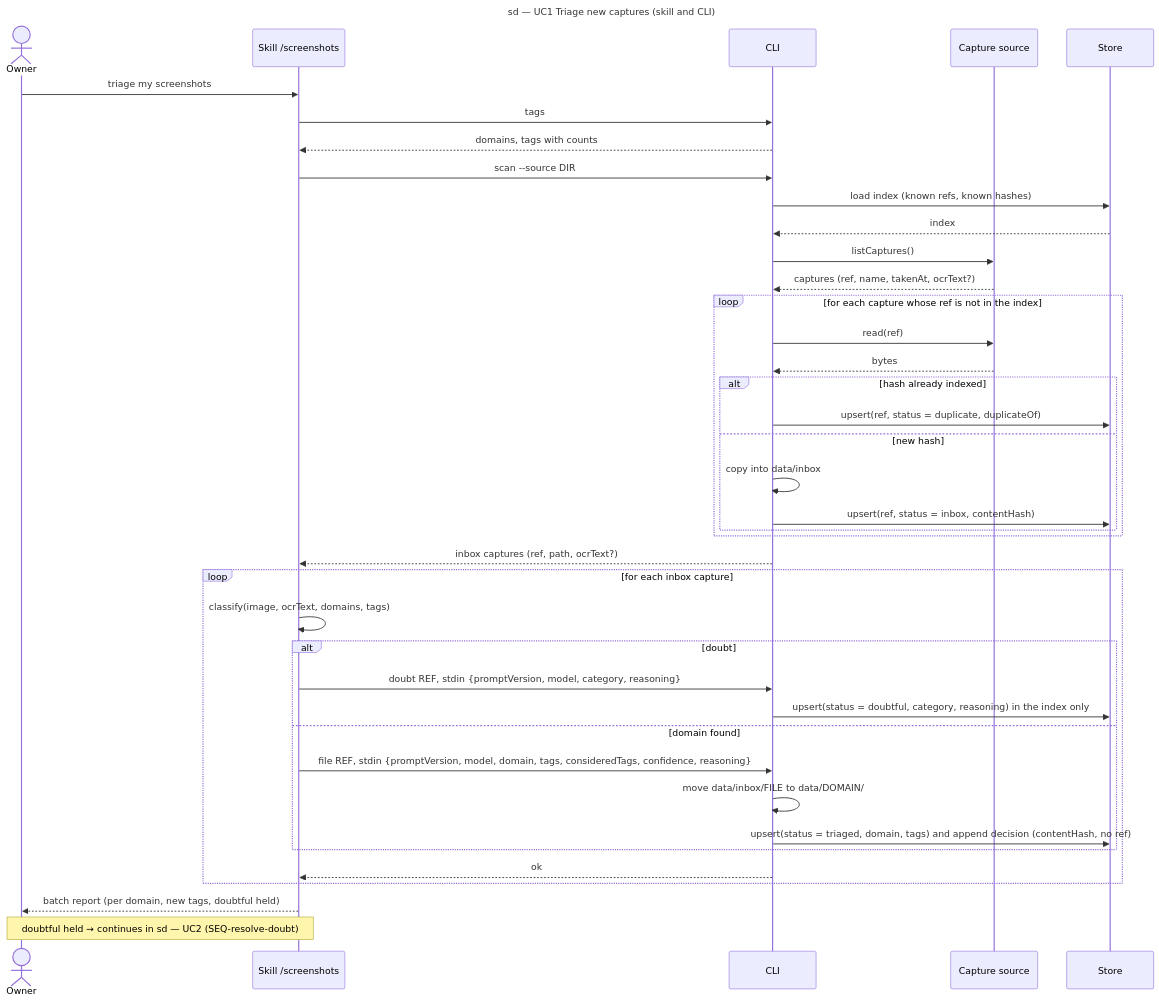
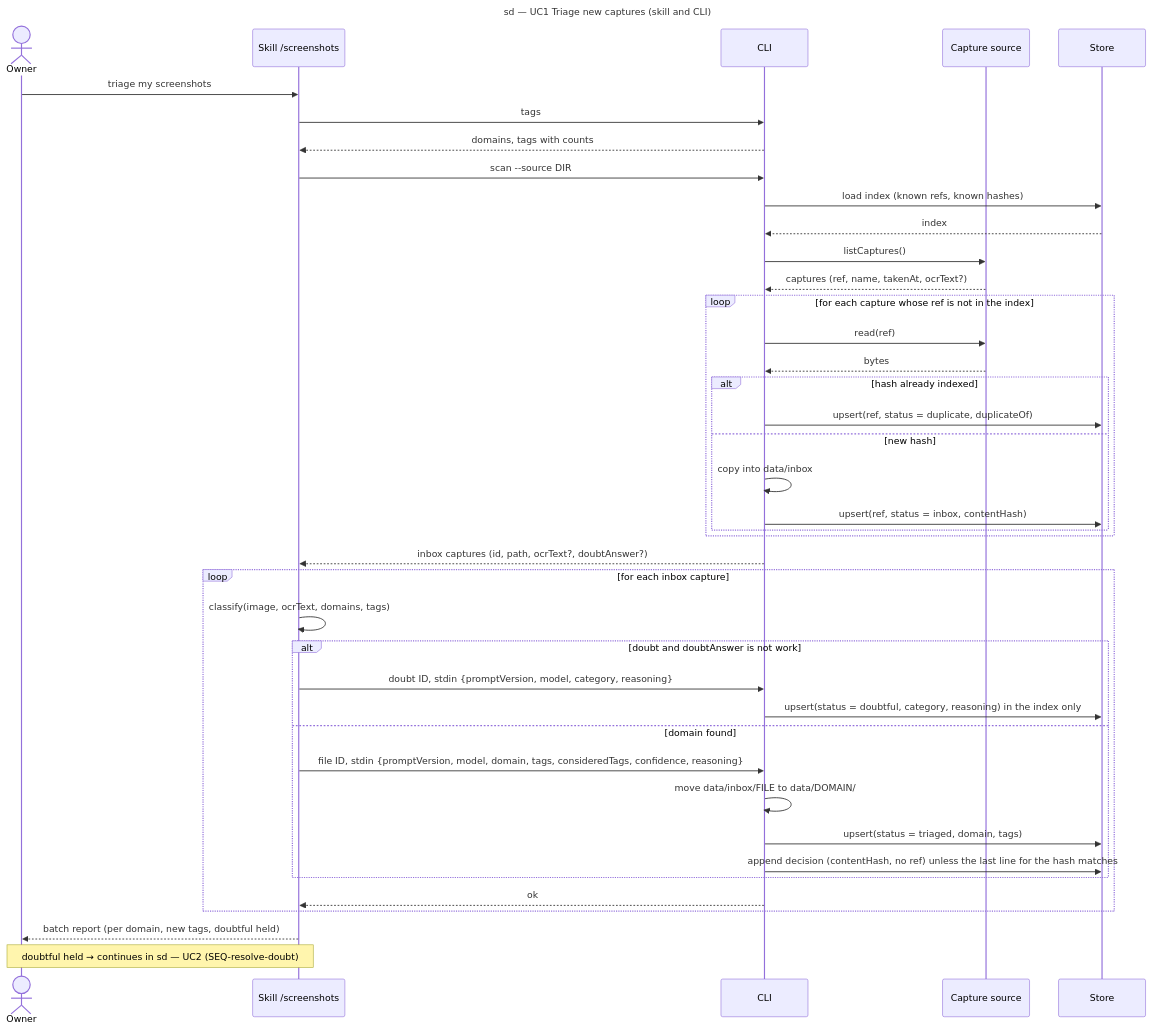
The diagram in docs/architecture/diagrams/triage/02-sequence-triage-batch.md (benoit-bremaud/screenshot-triage), drawn with Mermaid before and after one commit. The commit also changed other lines of this file and 11 other files, not shown here.

First line of the commit message:
docs(triage/architecture): make final statuses durable at the source

````diff
--- a/docs/architecture/diagrams/triage/02-sequence-triage-batch.md
+++ b/docs/architecture/diagrams/triage/02-sequence-triage-batch.md
@@ -14,42 +14,43 @@
 ```mermaid
 sequenceDiagram
   title sd — UC1 Triage new captures (skill and CLI)
   actor Owner
   participant Skill as Skill /screenshots
   participant CLI as CLI
   participant Source as Capture source
   participant Store as Store
   Owner->>Skill: triage my screenshots
   Skill->>CLI: tags
   CLI-->>Skill: domains, tags with counts
   Skill->>CLI: scan --source DIR
   CLI->>Store: load index (known refs, known hashes)
   Store-->>CLI: index
   CLI->>Source: listCaptures()
   Source-->>CLI: captures (ref, name, takenAt, ocrText?)
   loop for each capture whose ref is not in the index
     CLI->>Source: read(ref)
     Source-->>CLI: bytes
     alt hash already indexed
       CLI->>Store: upsert(ref, status = duplicate, duplicateOf)
     else new hash
       CLI->>CLI: copy into data/inbox
       CLI->>Store: upsert(ref, status = inbox, contentHash)
     end
   end
-  CLI-->>Skill: inbox captures (ref, path, ocrText?)
+  CLI-->>Skill: inbox captures (id, path, ocrText?, doubtAnswer?)
   loop for each inbox capture
     Skill->>Skill: classify(image, ocrText, domains, tags)
-    alt doubt
-      Skill->>CLI: doubt REF, stdin {promptVersion, model, category, reasoning}
+    alt doubt and doubtAnswer is not work
+      Skill->>CLI: doubt ID, stdin {promptVersion, model, category, reasoning}
       CLI->>Store: upsert(status = doubtful, category, reasoning) in the index only
     else domain found
-      Skill->>CLI: file REF, stdin {promptVersion, model, domain, tags, consideredTags, confidence, reasoning}
+      Skill->>CLI: file ID, stdin {promptVersion, model, domain, tags, consideredTags, confidence, reasoning}
       CLI->>CLI: move data/inbox/FILE to data/DOMAIN/
-      CLI->>Store: upsert(status = triaged, domain, tags) and append decision (contentHash, no ref)
+      CLI->>Store: upsert(status = triaged, domain, tags)
+      CLI->>Store: append decision (contentHash, no ref) unless the last line for the hash matches
     end
     CLI-->>Skill: ok
   end
   Skill-->>Owner: batch report (per domain, new tags, doubtful held)
   Note over Owner,Skill: doubtful held → continues in sd — UC2 (SEQ-resolve-doubt)
 ```
````
